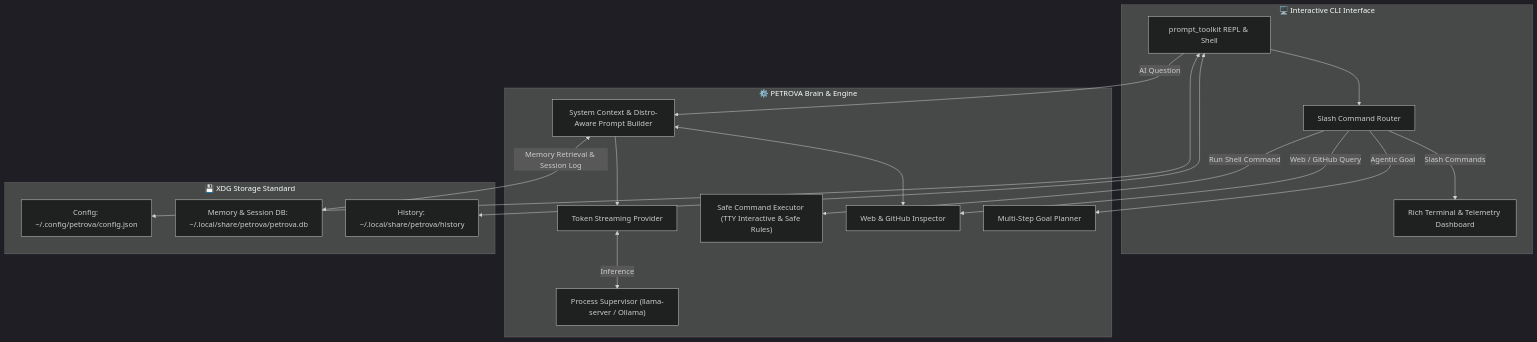
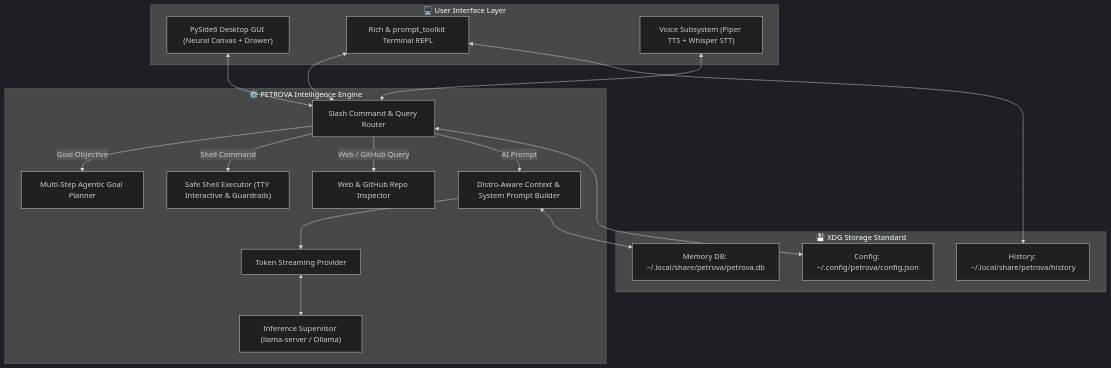
Before and after one commit to Priyanshukumar2904/PETROVA: the diagram in README.md, drawn with Mermaid (dark theme). The commit also changed other lines of this file and 29 other files, not shown here.

Commit message:
Redesign GitHub page & assets with sparkling amber-green theme, interactive SVG feedback, PySide6 GUI, and roadmap

````diff
--- a/README.md
+++ b/README.md
@@ -112,36 +159,39 @@
 ```mermaid
 flowchart TD
-    subgraph Terminal["🖥️ Interactive CLI Interface"]
-        A["prompt_toolkit REPL & Shell"]
-        B["Rich Terminal & Telemetry Dashboard"]
-        C["Slash Command Router"]
+    subgraph UI["🖥️ User Interface Layer"]
+        GUI["PySide6 Desktop GUI (Neural Canvas + Drawer)"]
+        CLI["Rich & prompt_toolkit Terminal REPL"]
+        VOICE["Voice Subsystem (Piper TTS + Whisper STT)"]
     end
 
-    subgraph Core["⚙️ PETROVA Brain & Engine"]
-        D["System Context & Distro-Aware Prompt Builder"]
-        E["Token Streaming Provider"]
-        F["Process Supervisor (llama-server / Ollama)"]
-        G["Safe Command Executor (TTY Interactive & Safe Rules)"]
-        H["Web & GitHub Inspector"]
-        I["Multi-Step Goal Planner"]
+    subgraph Core["⚙️ PETROVA Intelligence Engine"]
+        ROUTER["Slash Command & Query Router"]
+        PROMPT["Distro-Aware Context & System Prompt Builder"]
+        STREAM["Token Streaming Provider"]
+        SUPERVISOR["Inference Supervisor (llama-server / Ollama)"]
+        PLANNER["Multi-Step Agentic Goal Planner"]
+        EXECUTOR["Safe Shell Executor (TTY Interactive & Guardrails)"]
+        INSPECTOR["Web & GitHub Repo Inspector"]
     end
 
     subgraph Storage["💾 XDG Storage Standard"]
-        J["Config: ~/.config/petrova/config.json"]
-        K["Memory & Session DB: ~/.local/share/petrova/petrova.db"]
-        L["History: ~/.local/share/petrova/history"]
+        CFG["Config: ~/.config/petrova/config.json"]
+        DB["Memory DB: ~/.local/share/petrova/petrova.db"]
+        HIST["History: ~/.local/share/petrova/history"]
     end
 
-    A --> C
-    C -->|Slash Commands| B
-    C -->|Run Shell Command| G
-    C -->|Web / GitHub Query| H
-    C -->|Agentic Goal| I
-    A -->|AI Question| D
-    D --> E
-    D <--> H
-    E <-->|Inference| F
-    D <-->|Memory Retrieval & Session Log| K
-    A <--> J
-    A <--> L
+    GUI <--> ROUTER
+    CLI <--> ROUTER
+    VOICE <--> ROUTER
+
+    ROUTER -->|Goal Objective| PLANNER
+    ROUTER -->|Shell Command| EXECUTOR
+    ROUTER -->|Web / GitHub Query| INSPECTOR
+    ROUTER -->|AI Prompt| PROMPT
+
+    PROMPT --> STREAM
+    STREAM <--> SUPERVISOR
+    PROMPT <--> DB
+    ROUTER <--> CFG
+    CLI <--> HIST
 ```
````
